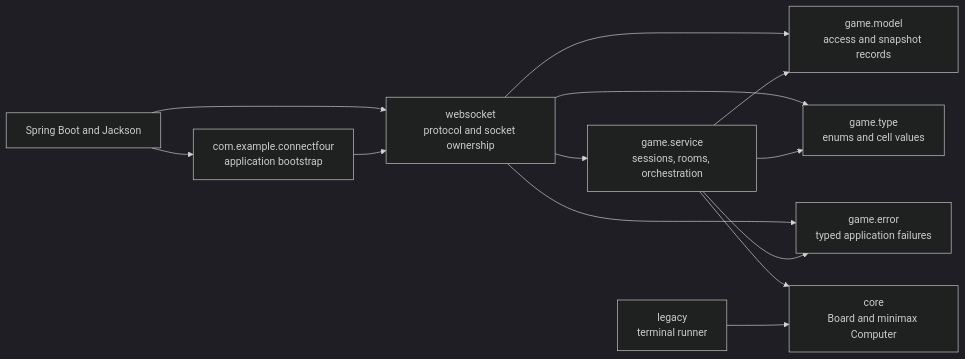
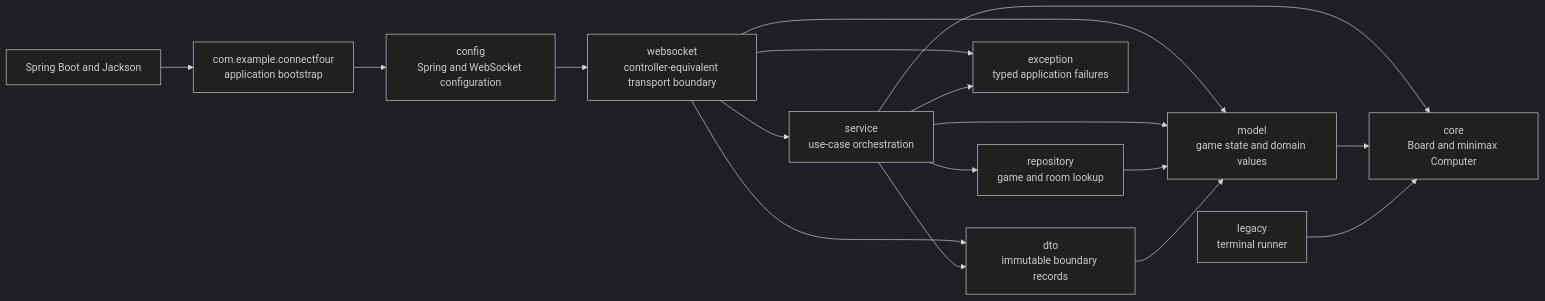
Before and after one commit to blam135/Connect-4-Game: the first of 3 diagrams in docs/backend-design.md, drawn with Mermaid (dark theme). The commit also changed other lines of this file and 17 other files, not shown here.

````diff
--- a/docs/backend-design.md
+++ b/docs/backend-design.md
@@ -12,25 +12,31 @@
 ```mermaid
 flowchart LR
     Boot["com.example.connectfour<br/>application bootstrap"]
-    Transport["websocket<br/>protocol and socket ownership"]
-    GameService["game.service<br/>sessions, rooms, orchestration"]
-    GameModel["game.model<br/>access and snapshot records"]
-    GameType["game.type<br/>enums and cell values"]
-    GameError["game.error<br/>typed application failures"]
+    Config["config<br/>Spring and WebSocket configuration"]
+    Transport["websocket<br/>controller-equivalent transport boundary"]
+    Service["service<br/>use-case orchestration"]
+    Repository["repository<br/>game and room lookup"]
+    Model["model<br/>game state and domain values"]
+    Dto["dto<br/>immutable boundary records"]
+    Exception["exception<br/>typed application failures"]
     Core["core<br/>Board and minimax Computer"]
     Legacy["legacy<br/>terminal runner"]
     Spring["Spring Boot and Jackson"]
 
     Spring --> Boot
-    Spring --> Transport
-    Boot --> Transport
-    Transport --> GameService
-    Transport --> GameModel
-    Transport --> GameType
-    Transport --> GameError
-    GameService --> GameModel
-    GameService --> GameType
-    GameService --> GameError
-    GameService --> Core
+    Boot --> Config
+    Config --> Transport
+    Transport --> Service
+    Transport --> Dto
+    Transport --> Model
+    Transport --> Exception
+    Service --> Repository
+    Service --> Model
+    Service --> Dto
+    Service --> Exception
+    Service --> Core
+    Repository --> Model
+    Model --> Core
+    Dto --> Model
     Legacy --> Core
 ```
````
